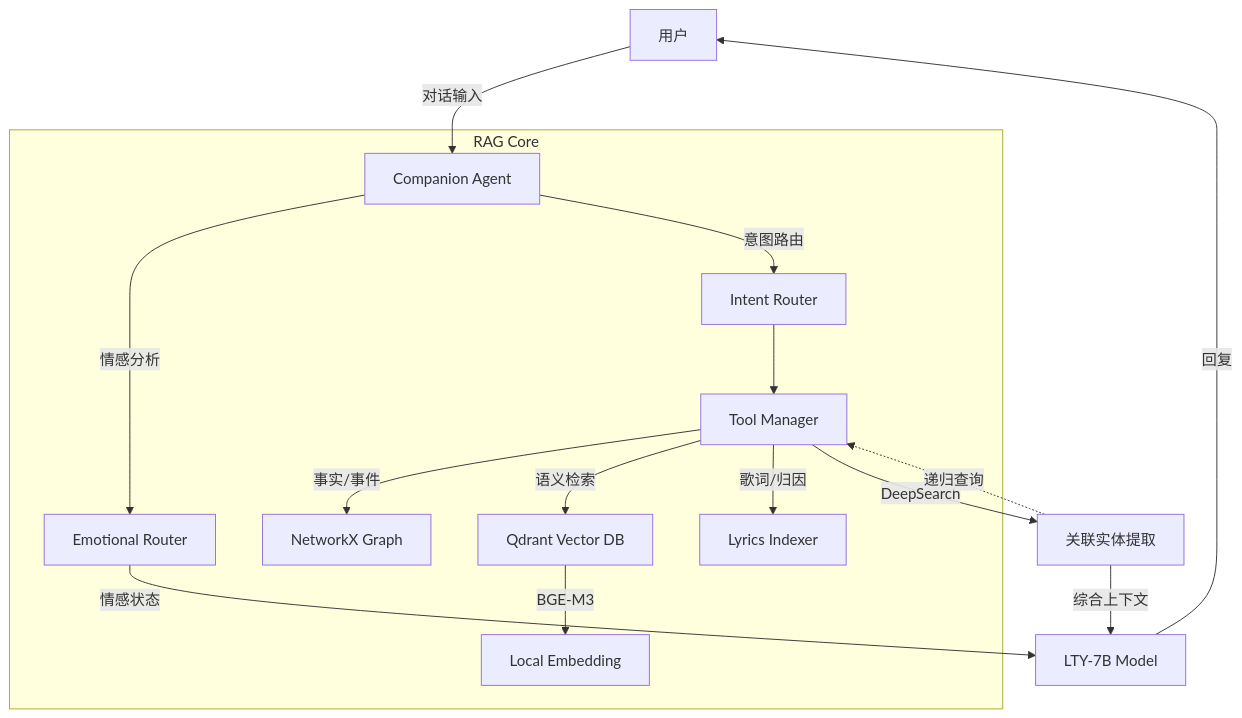
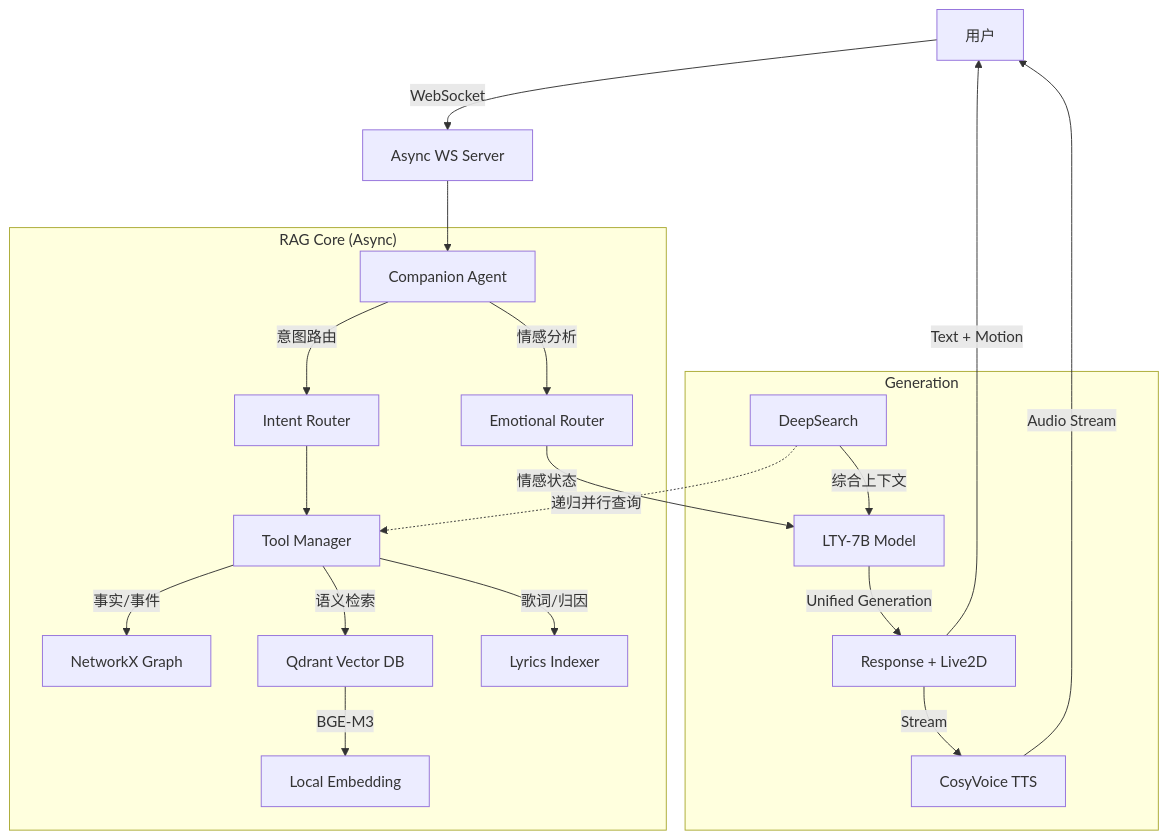
The diagram in README.md (YiGuMoYan/lty_agent), drawn with Mermaid before and after one commit. The commit also changed other lines of this file and 17 other files, not shown here.

Commit message:
refactor: 重构项目结构并更新文档 (Modularize rag_core, Fix imports, Update README)

````diff
--- a/README.md
+++ b/README.md
@@ -39,20 +37,26 @@
 ```mermaid
 graph TD
-    User[用户] --> |对话输入| Agent[Companion Agent]
+    User[用户] --> |WebSocket| Server[Async WS Server]
+    Server --> Agent[Companion Agent]
 
-    subgraph "RAG Core"
+    subgraph "RAG Core (Async)"
         Agent --> |情感分析| Emotion[Emotional Router]
         Agent --> |意图路由| Router[Intent Router]
         Router --> Tools[Tool Manager]
         Tools --> |事实/事件| Graph[NetworkX Graph]
         Tools --> |语义检索| Vector[Qdrant Vector DB]
         Tools --> |歌词/归因| Lyrics[Lyrics Indexer]
         Vector --> |BGE-M3| Models[Local Embedding]
     end
 
-    Tools --> |DeepSearch| Entity[关联实体提取]
-    Entity -.-> |递归查询| Tools
-    Entity --> |综合上下文| LLM[LTY-7B Model]
-    Emotion --> |情感状态| LLM
-    LLM --> |回复| User
+    subgraph "Generation"
+        Entity[DeepSearch] -.-> |递归并行查询| Tools
+        Entity --> |综合上下文| LLM[LTY-7B Model]
+        Emotion --> |情感状态| LLM
+        LLM --> |Unified Generation| Gen[Response + Live2D]
+        Gen --> |Stream| TTS[CosyVoice TTS]
+    end
+
+    Gen --> |Text + Motion| User
+    TTS --> |Audio Stream| User
 ```
````
